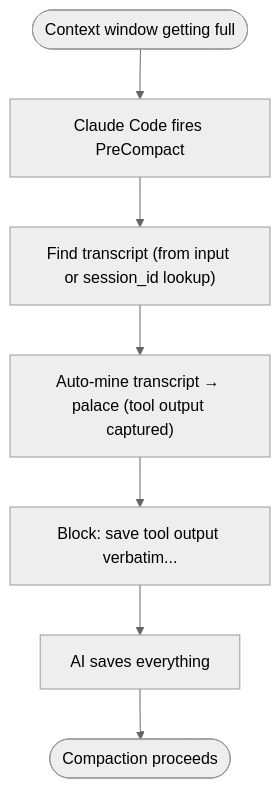
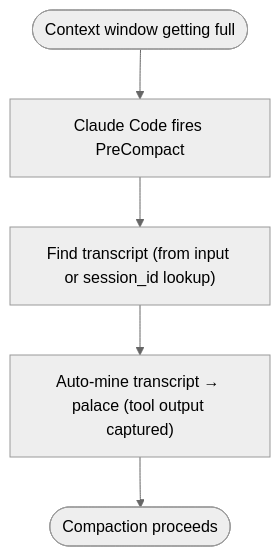
Before and after one commit to MemPalace/mempalace: the second of 2 diagrams in hooks/README.md, drawn with Mermaid (neutral theme).

````diff
--- a/hooks/README.md
+++ b/hooks/README.md
@@ -106,9 +106,7 @@
 ```mermaid
 flowchart TD
     A([Context window getting full]) --> B[Claude Code fires PreCompact]
     B --> C["Find transcript (from input or session_id lookup)"]
     C --> D["Auto-mine transcript → palace (tool output captured)"]
-    D --> E["Block: save tool output verbatim..."]
-    E --> F[AI saves everything]
-    F --> G([Compaction proceeds])
+    D --> G([Compaction proceeds])
 ```
````
